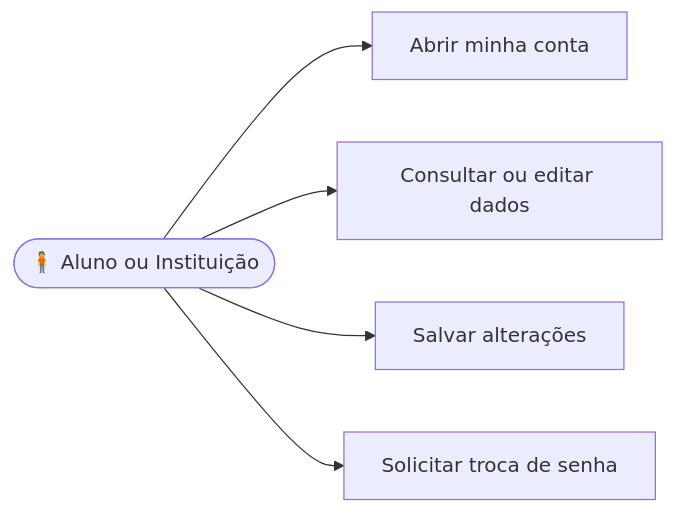
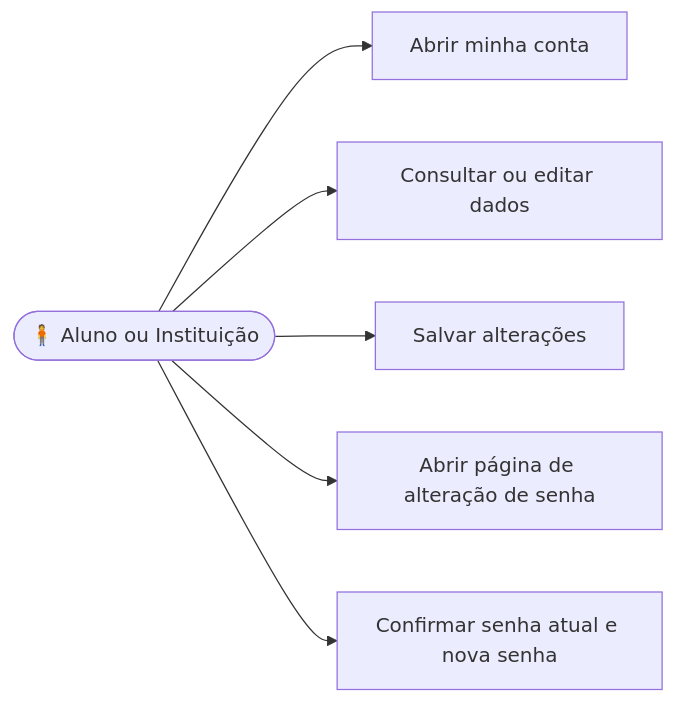
Before and after one commit to JoaoLRS/IVIS: the diagram in etc/cdu/CDU-02-gerenciar-dados-da-conta.md, drawn with Mermaid. The commit also changed other lines of this file and 50 other files, not shown here.

````diff
--- a/etc/cdu/CDU-02-gerenciar-dados-da-conta.md
+++ b/etc/cdu/CDU-02-gerenciar-dados-da-conta.md
@@ -44,8 +50,9 @@
 ```mermaid
 flowchart LR
     ator(["🧍 Aluno ou Instituição"])
     ator --> a1["Abrir minha conta"]
     ator --> a2["Consultar ou editar dados"]
     ator --> a3["Salvar alterações"]
-    ator --> a4["Solicitar troca de senha"]
+    ator --> a4["Abrir página de alteração de senha"]
+    ator --> a5["Confirmar senha atual e nova senha"]
 ```
````
